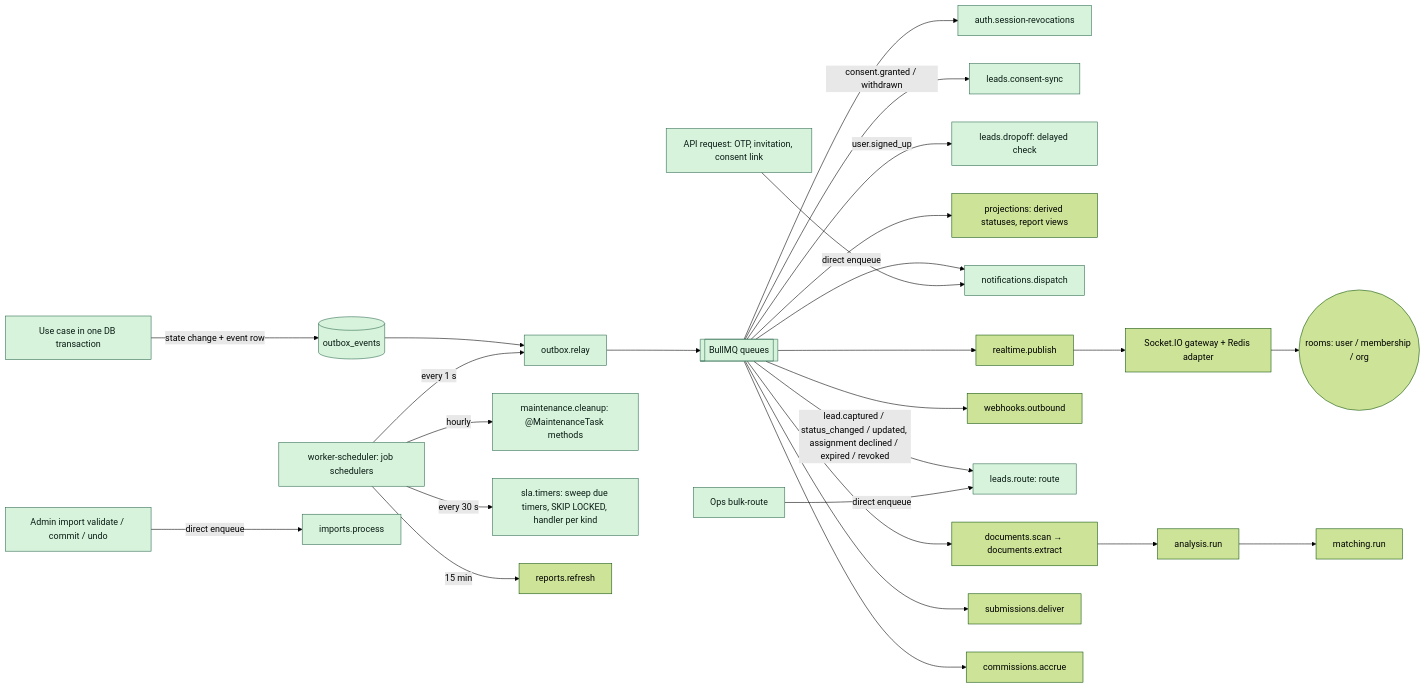
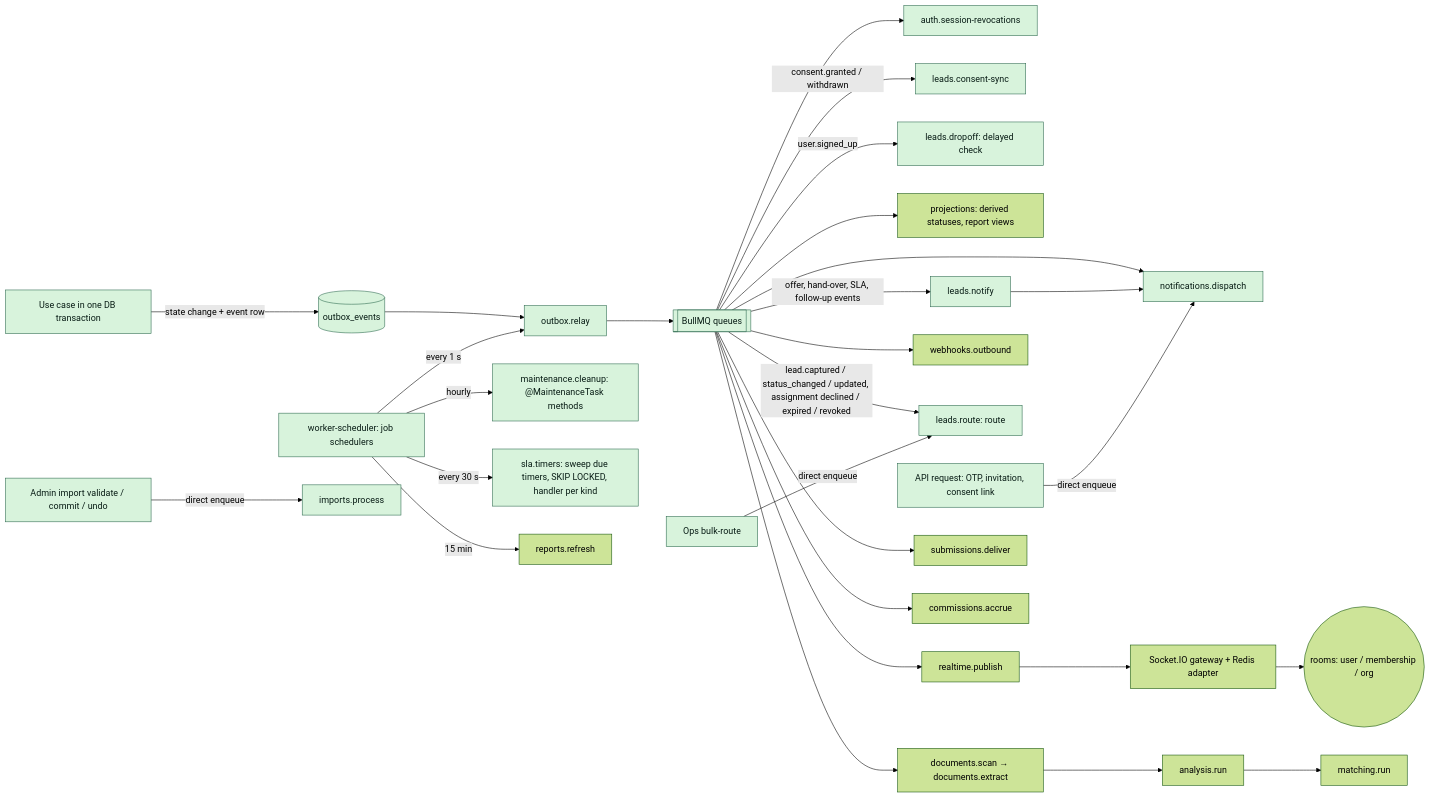
One commit to Shaikhfaruk/fundenflo changed diagram 14 of 14 in docs/ARCHITECTURE.md. Above: the diagram before and after it, drawn with Mermaid (forest theme). The commit also changed other lines of this file and 69 other files, not shown here.

````diff
--- a/docs/ARCHITECTURE.md
+++ b/docs/ARCHITECTURE.md
@@ -457,30 +457,31 @@
 ```mermaid
 flowchart LR
   UC[Use case in one DB transaction] -->|state change + event row| OB[(outbox_events)]
   OB --> RELAY[outbox.relay]
   SCHED[worker-scheduler: job schedulers] -->|every 1 s| RELAY
   SCHED -->|hourly| MAINT[maintenance.cleanup: @MaintenanceTask methods]
   RELAY --> Q[[BullMQ queues]]
   Q --> REVOKE[auth.session-revocations]
   Q -->|consent.granted / withdrawn| CSYNC[leads.consent-sync]
   Q -->|user.signed_up| DROPQ[leads.dropoff: delayed check]
   Q --> PROJ[projections: derived statuses, report views]
   Q --> NOTIF[notifications.dispatch]
+  Q -->|offer, hand-over, SLA, follow-up events| LNOTIFY[leads.notify] --> NOTIF
   Q --> RTP[realtime.publish]
   Q --> WHO[webhooks.outbound]
   SCHED -->|every 30 s| SLAQ[sla.timers: sweep due timers, SKIP LOCKED, handler per kind]
   Q -->|lead.captured / status_changed / updated, assignment declined / expired / revoked| ROUTEQ[leads.route: route]
   OPSR[Ops bulk-route] -->|direct enqueue| ROUTEQ
   Q --> DOCQ[documents.scan → documents.extract]
   DOCQ --> ANQ[analysis.run]
   ANQ --> MQ2[matching.run]
   Q --> SUBQ[submissions.deliver]
   Q --> COMQ[commissions.accrue]
   RTP --> GW[Socket.IO gateway + Redis adapter]
   GW --> ROOMS((rooms: user / membership / org))
   IMPAPI[Admin import validate / commit / undo] -->|direct enqueue| IMPQ[imports.process]
   SCHED -->|15 min| REP[reports.refresh]
   API[API request: OTP, invitation, consent link] -->|direct enqueue| NOTIF
   classDef built fill:#d8f3dc,stroke:#2d6a4f,color:#081c15
-  class UC,OB,RELAY,SCHED,MAINT,Q,REVOKE,CSYNC,DROPQ,NOTIF,API,IMPAPI,IMPQ,ROUTEQ,OPSR,SLAQ built
+  class UC,OB,RELAY,SCHED,MAINT,Q,REVOKE,CSYNC,DROPQ,NOTIF,API,IMPAPI,IMPQ,ROUTEQ,OPSR,SLAQ,LNOTIFY built
 ```
````
